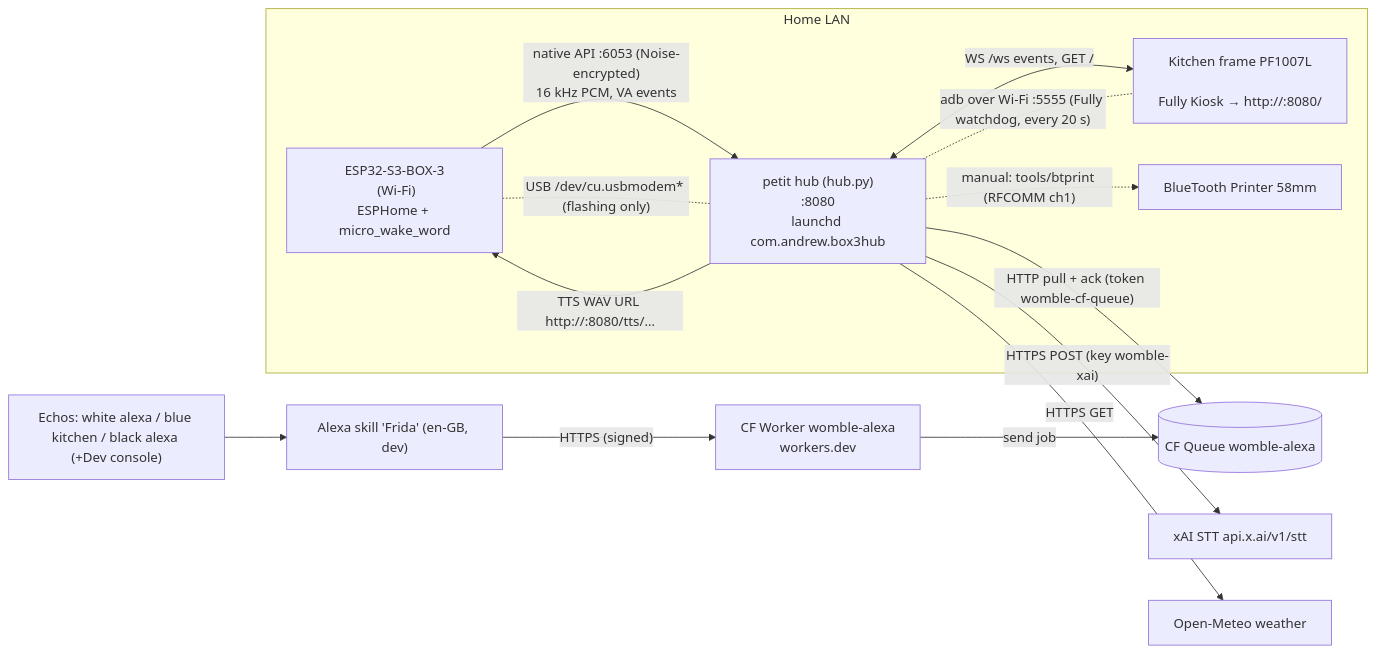
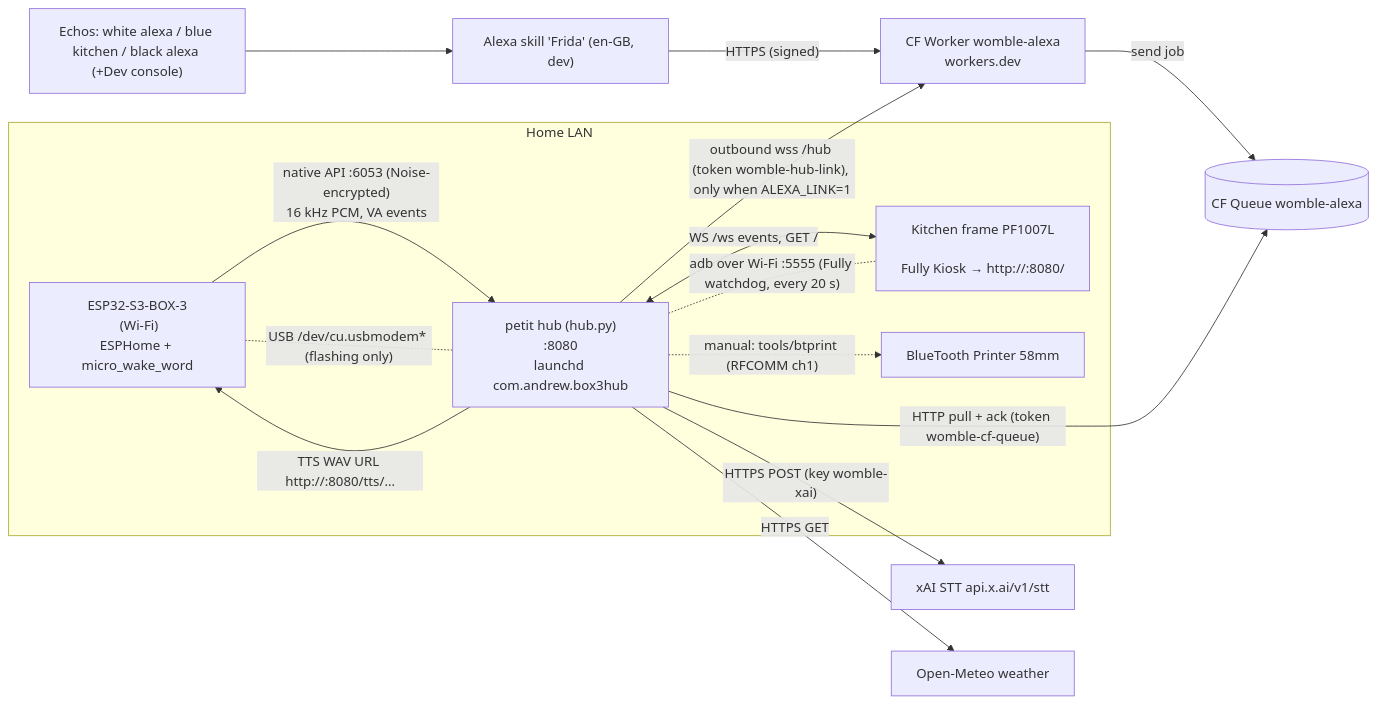
One commit to wttp3/womble changed the diagram in docs/WOMBLE-SPEC.md. Above: the diagram before and after it, drawn with Mermaid. The commit also changed other lines of this file and 13 other files, not shown here.

````diff
--- a/docs/WOMBLE-SPEC.md
+++ b/docs/WOMBLE-SPEC.md
@@ -21,25 +21,26 @@
 ```mermaid
 flowchart LR
   subgraph Home LAN
     BOX3["ESP32-S3-BOX-3\n<box3-ip> (Wi-Fi)\nESPHome + micro_wake_word"]
     HUB["petit hub (hub.py)\n<hub-ip>:8080\nlaunchd com.andrew.box3hub"]
     FRAME["Kitchen frame PF1007L\n<frame-ip>\nFully Kiosk → http://<hub-ip>:8080/"]
     PRN["BlueTooth Printer 58mm\n<printer-mac>"]
   end
   ECHO["Echos: white alexa / blue kitchen / black alexa (+Dev console)"]
   ASK["Alexa skill 'Frida' (en-GB, dev)"]
   W["CF Worker womble-alexa\nworkers.dev"]
   Q[("CF Queue womble-alexa")]
   XAI["xAI STT api.x.ai/v1/stt"]
   OM["Open-Meteo weather"]
   BOX3 -- "native API :6053 (Noise-encrypted)\n16 kHz PCM, VA events" --> HUB
   HUB -- "TTS WAV URL http://<hub-ip>:8080/tts/…" --> BOX3
   HUB <-- "WS /ws events, GET /" --> FRAME
   HUB -- "HTTPS POST (key womble-xai)" --> XAI
   HUB -- "HTTPS GET" --> OM
   ECHO --> ASK -- "HTTPS (signed)" --> W -- "send job" --> Q
+  HUB -- "outbound wss /hub (token womble-hub-link), only when ALEXA_LINK=1" --> W
   HUB -- "HTTP pull + ack (token womble-cf-queue)" --> Q
   HUB -. "manual: tools/btprint (RFCOMM ch1)" .-> PRN
   HUB -. "adb over Wi-Fi :5555 (Fully watchdog, every 20 s)" .- FRAME
   BOX3 -. "USB /dev/cu.usbmodem* (flashing only)" .- HUB
 ```
````
